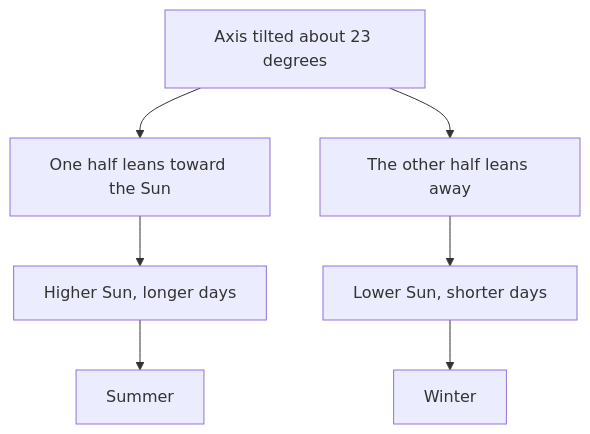
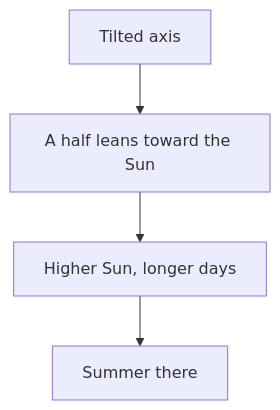
Before and after one commit to benthepsychologist/booklet-registry: the diagram in modules/tpl-study-guide.md, drawn with Mermaid. The commit also changed 1 other file, not shown here.

Commit message:
Templates: study-guide and report diagrams fit a phone-width column

````diff
--- a/modules/tpl-study-guide.md
+++ b/modules/tpl-study-guide.md
@@ -49,9 +49,6 @@
 ```mermaid
 flowchart TD
-  A[Axis tilted about 23 degrees] --> B[One half leans toward the Sun]
-  A --> E[The other half leans away]
+  A[Tilted axis] --> B[A half leans toward the Sun]
   B --> C[Higher Sun, longer days]
-  E --> G[Lower Sun, shorter days]
-  C --> D[Summer]
-  G --> F[Winter]
+  C --> D[Summer there]
 ```
````
